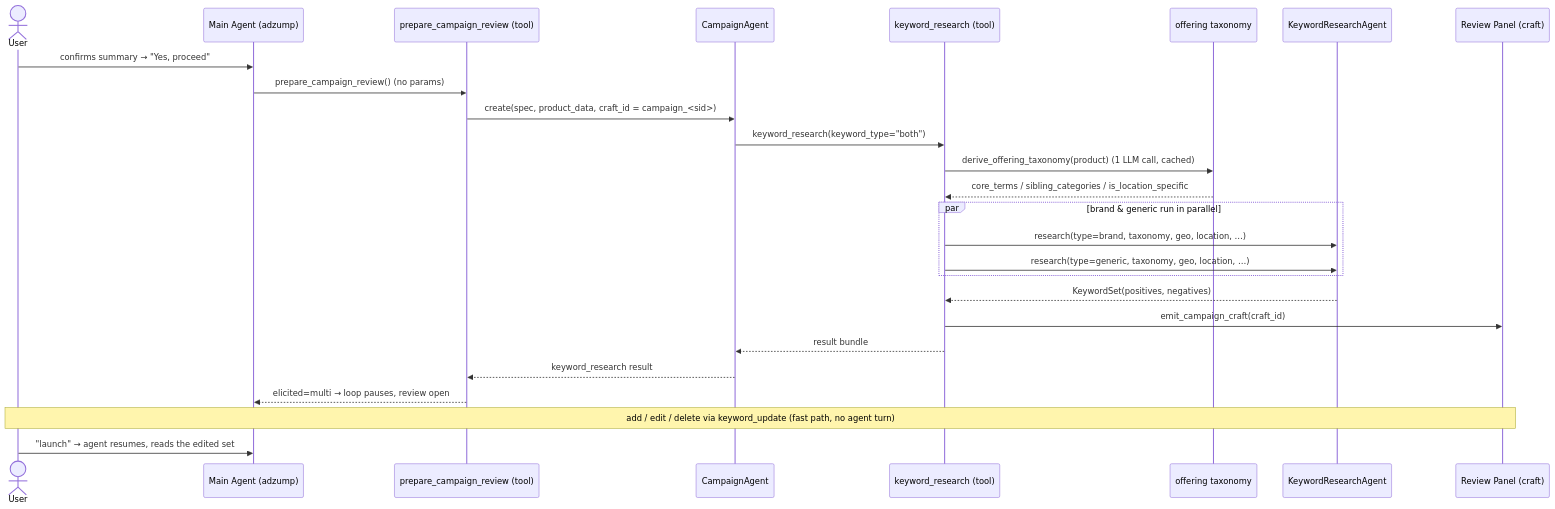
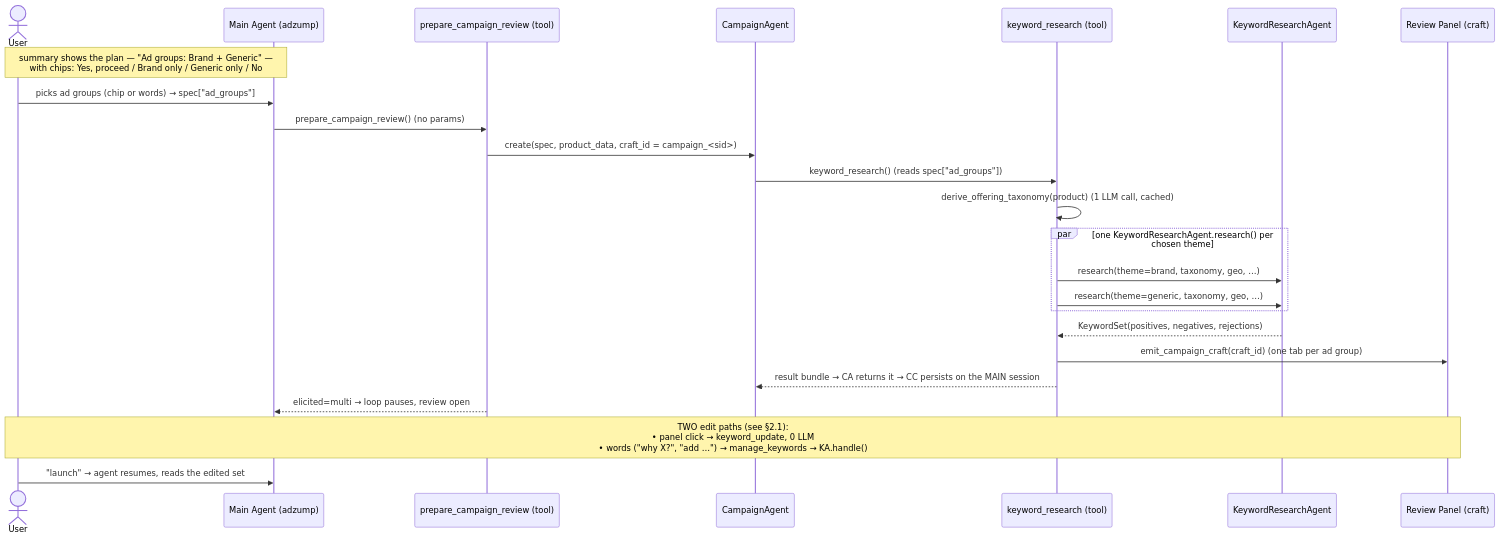
Before and after one commit to modlix-india/nocode-ai: the first of 3 diagrams in app/agents/adzump/agents/campaign/google/keyword/AGENT.md, drawn with Mermaid. The commit also changed other lines of this file and 24 other files, not shown here.

Commit message:
feat(adzump-keyword): split generate/manage agent instances; unify card labels; fix manage prompt var leak

````diff
--- a/app/agents/adzump/agents/campaign/google/keyword/AGENT.md
+++ b/app/agents/adzump/agents/campaign/google/keyword/AGENT.md
@@ -32,29 +66,27 @@
 ```mermaid
 sequenceDiagram
     actor User
     participant Main as Main Agent (adzump)
     participant CC as prepare_campaign_review (tool)
     participant CA as CampaignAgent
     participant KR as keyword_research (tool)
-    participant Tax as offering taxonomy
     participant KA as KeywordResearchAgent
     participant Panel as Review Panel (craft)
 
-    User->>Main: confirms summary → "Yes, proceed"
+    Note over User,Main: summary shows the plan — "Ad groups: Brand + Generic" —<br/>with chips: Yes, proceed / Brand only / Generic only / No
+    User->>Main: picks ad groups (chip or words) → spec["ad_groups"]
     Main->>CC: prepare_campaign_review()  (no params)
     CC->>CA: create(spec, product_data, craft_id = campaign_<sid>)
-    CA->>KR: keyword_research(keyword_type="both")
-    KR->>Tax: derive_offering_taxonomy(product)  (1 LLM call, cached)
-    Tax-->>KR: core_terms / sibling_categories / is_location_specific
-    par brand & generic run in parallel
-        KR->>KA: research(type=brand,  taxonomy, geo, location, …)
-        KR->>KA: research(type=generic, taxonomy, geo, location, …)
+    CA->>KR: keyword_research()  (reads spec["ad_groups"])
+    KR->>KR: derive_offering_taxonomy(product)  (1 LLM call, cached)
+    par one KeywordResearchAgent.research() per chosen theme
+        KR->>KA: research(theme=brand,   taxonomy, geo, …)
+        KR->>KA: research(theme=generic, taxonomy, geo, …)
     end
-    KA-->>KR: KeywordSet(positives, negatives)
-    KR->>Panel: emit_campaign_craft(craft_id)
-    KR-->>CA: result bundle
-    CA-->>CC: keyword_research result
+    KA-->>KR: KeywordSet(positives, negatives, rejections)
+    KR->>Panel: emit_campaign_craft(craft_id)  (one tab per ad group)
+    KR-->>CA: result bundle → CA returns it → CC persists on the MAIN session
     CC-->>Main: elicited=multi → loop pauses, review open
-    Note over User,Panel: add / edit / delete via keyword_update (fast path, no agent turn)
+    Note over User,Panel: TWO edit paths (see §2.1):<br/>• panel click → keyword_update, 0 LLM<br/>• words ("why X?", "add …") → manage_keywords → KA.handle()
     User->>Main: "launch" → agent resumes, reads the edited set
 ```
````
